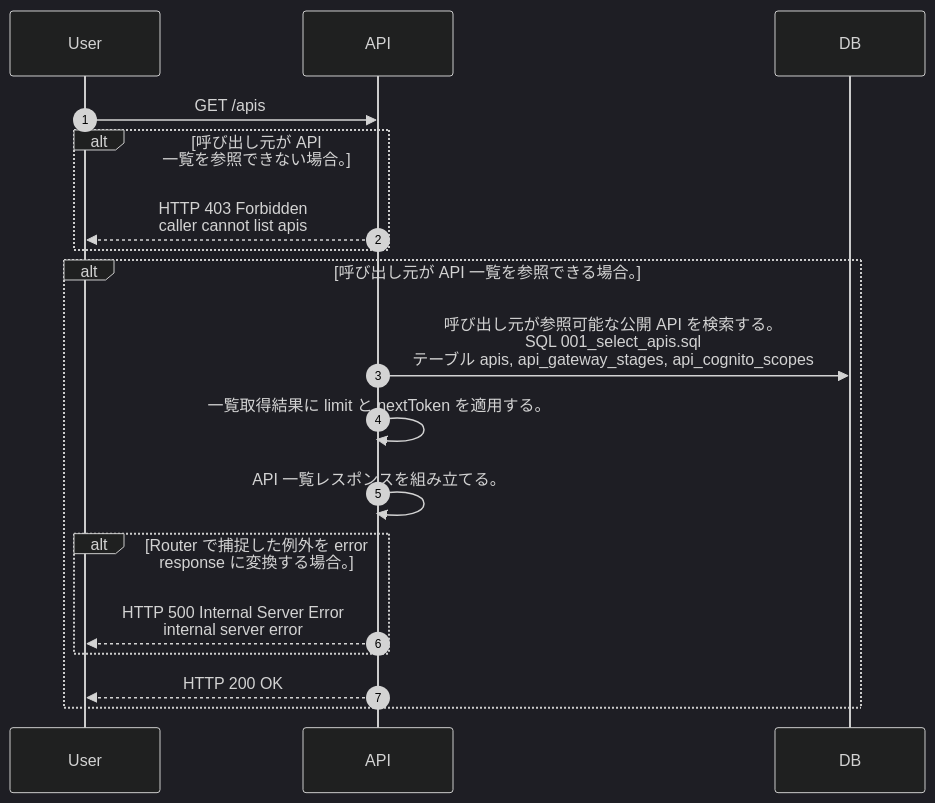
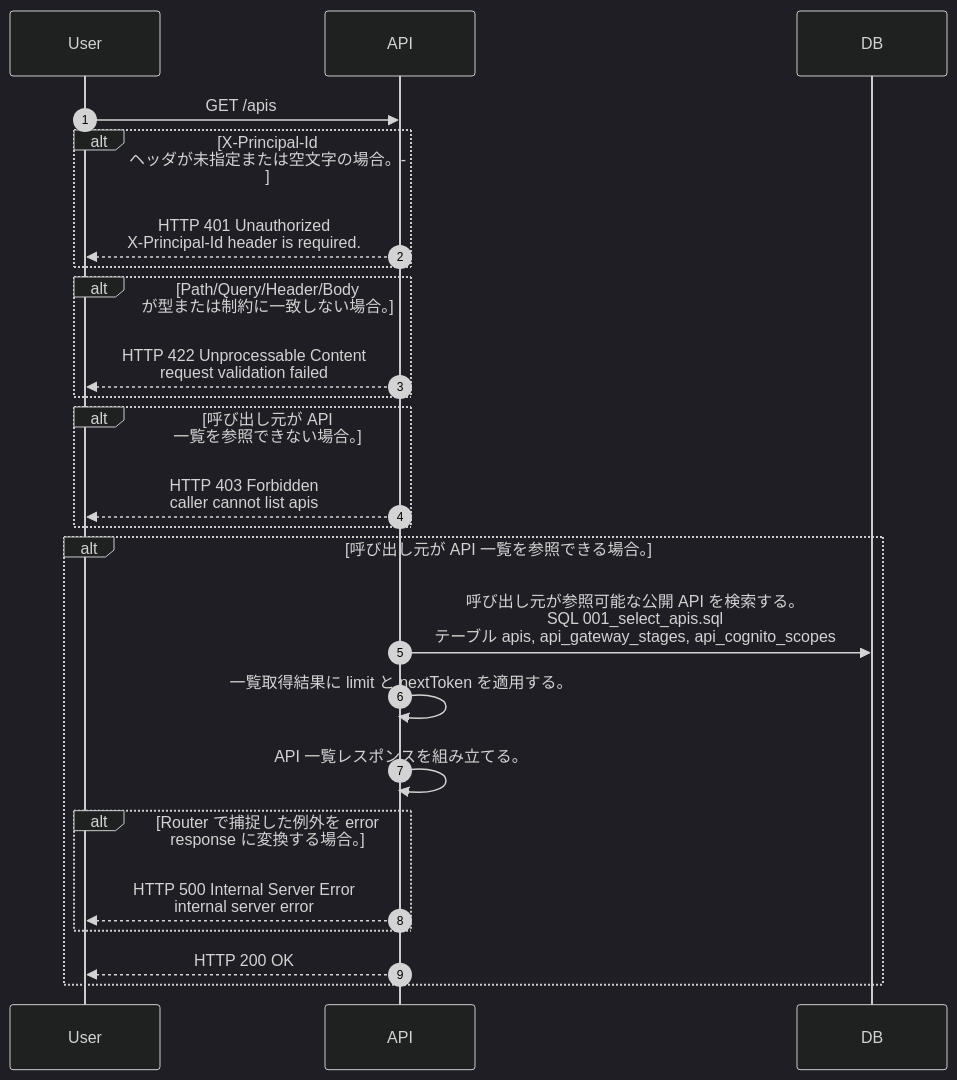
Before and after one commit to tsuji-tomonori/lazunex: the diagram in docs/spec/40.apis/apis/list_apis/sequence_gen.md, drawn with Mermaid (dark theme). The commit also changed 27 other files, not shown here.

````diff
--- a/docs/spec/40.apis/apis/list_apis/sequence_gen.md
+++ b/docs/spec/40.apis/apis/list_apis/sequence_gen.md
@@ -5,20 +5,26 @@
 ```mermaid
 sequenceDiagram
   autonumber
   participant User as User
   participant API as API
   participant DB as DB
   User->>API: GET /apis
+  alt X-Principal-Id ヘッダが未指定または空文字の場合。
+    API-->>User: HTTP 401 Unauthorized<br/>X-Principal-Id header is required.
+  end
+  alt Path/Query/Header/Body が型または制約に一致しない場合。
+    API-->>User: HTTP 422 Unprocessable Content<br/>request validation failed
+  end
   alt 呼び出し元が API 一覧を参照できない場合。
     API-->>User: HTTP 403 Forbidden<br/>caller cannot list apis
   end
   alt 呼び出し元が API 一覧を参照できる場合。
     API->>DB: 呼び出し元が参照可能な公開 API を検索する。<br/>SQL 001_select_apis.sql<br/>テーブル apis, api_gateway_stages, api_cognito_scopes
     API->>API: 一覧取得結果に limit と nextToken を適用する。
     API->>API: API 一覧レスポンスを組み立てる。
     alt Router で捕捉した例外を error response に変換する場合。
       API-->>User: HTTP 500 Internal Server Error<br/>internal server error
     end
     API-->>User: HTTP 200 OK
   end
 ```
````
